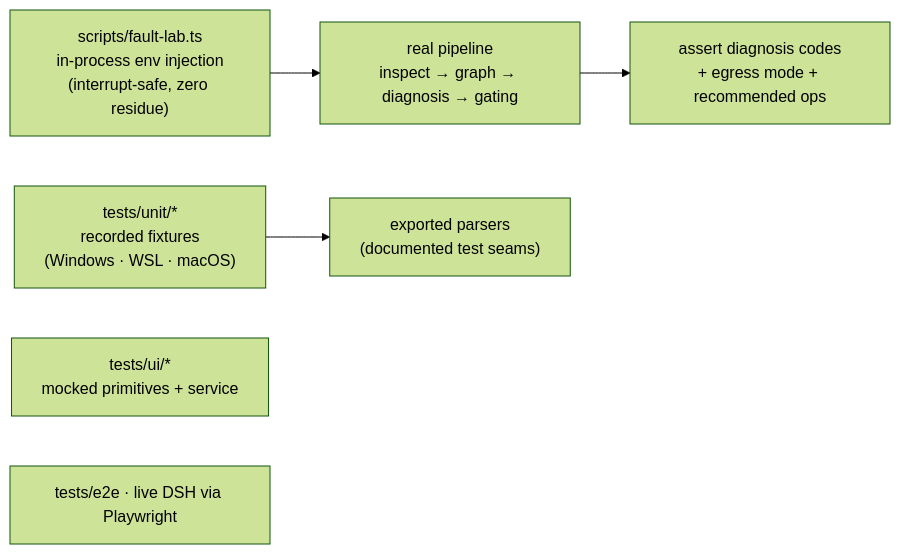
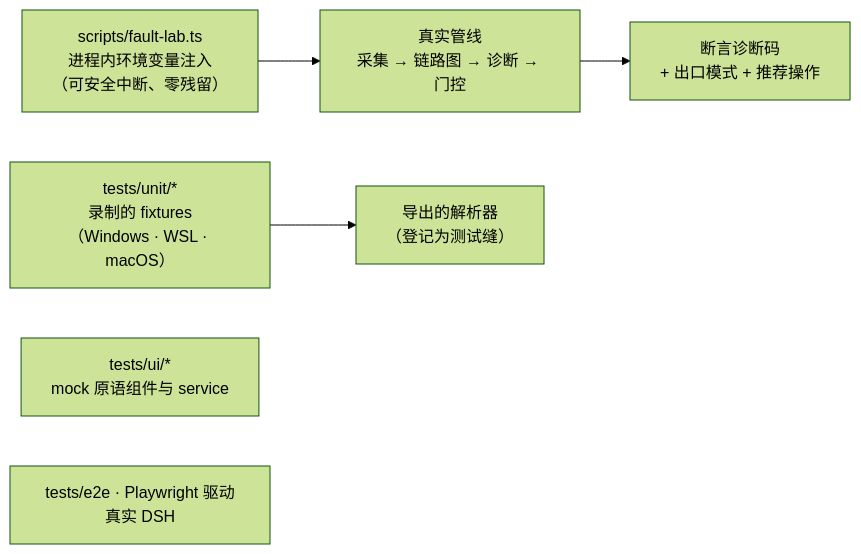
The seventh of 7 diagrams in docs/architecture.md (kanneiren/dsh-network-settings), drawn with Mermaid (forest theme) before and after one commit. The commit also changed other lines of this file and 3 other files, not shown here.

First line of the commit message:
docs: Chinese architecture doc as default, English moved to architecture.en.md

````diff
--- a/docs/architecture.md
+++ b/docs/architecture.md
@@ -196,12 +196,12 @@
 ```mermaid
 flowchart LR
-  FL["scripts/fault-lab.ts<br/>in-process env injection<br/>(interrupt-safe, zero residue)"]
-  PIPE["real pipeline<br/>inspect → graph → diagnosis → gating"]
-  A["assert diagnosis codes<br/>+ egress mode + recommended ops"]
-  UT["tests/unit/*<br/>recorded fixtures<br/>(Windows · WSL · macOS)"]
-  PARSERS["exported parsers<br/>(documented test seams)"]
+  FL["scripts/fault-lab.ts<br/>进程内环境变量注入<br/>（可安全中断、零残留）"]
+  PIPE["真实管线<br/>采集 → 链路图 → 诊断 → 门控"]
+  A["断言诊断码<br/>+ 出口模式 + 推荐操作"]
+  UT["tests/unit/*<br/>录制的 fixtures<br/>（Windows · WSL · macOS）"]
+  PARSERS["导出的解析器<br/>（登记为测试缝）"]
   FL --> PIPE --> A
   UT --> PARSERS
-  UIT["tests/ui/*<br/>mocked primitives + service"]
-  E2E["tests/e2e · live DSH via Playwright"]
+  UIT["tests/ui/*<br/>mock 原语组件与 service"]
+  E2E["tests/e2e · Playwright 驱动真实 DSH"]
 ```
````
